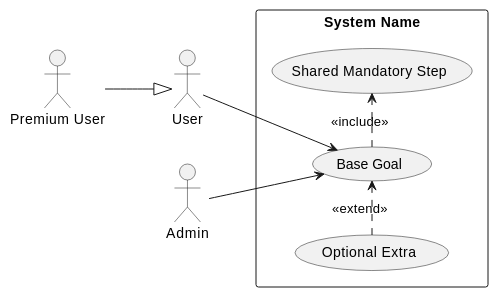
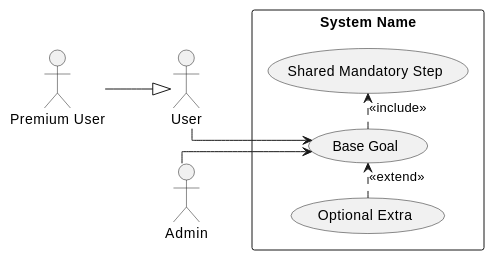
Before and after one commit to overman177/Discord_Bot: the diagram in tmp/use-case-diagrams/references/use-case-rules.md, drawn with PlantUML. The commit also changed other lines of this file and 5 other files, not shown here.

````diff
--- a/tmp/use-case-diagrams/references/use-case-rules.md
+++ b/tmp/use-case-diagrams/references/use-case-rules.md
@@ -71,21 +75,22 @@
 ```plantuml
 @startuml
 left to right direction
+skinparam linetype ortho
 
 actor User
 actor Admin
 actor "Premium User" as PremiumUser
 PremiumUser --|> User
 
 rectangle "System Name" {
   usecase "Base Goal" as UC1
   usecase "Shared Mandatory Step" as UC2
   usecase "Optional Extra" as UC3
 }
 
 User --> UC1
 Admin --> UC1
 UC1 .> UC2 : <<include>>
 UC3 .> UC1 : <<extend>>
 @enduml
 ```
````
